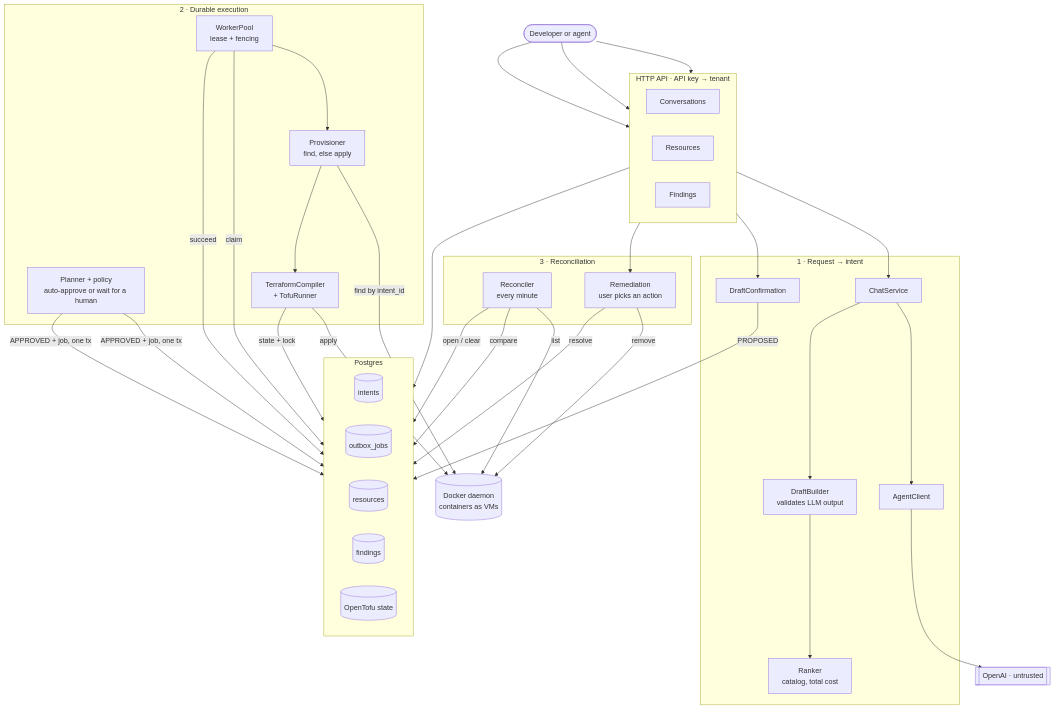
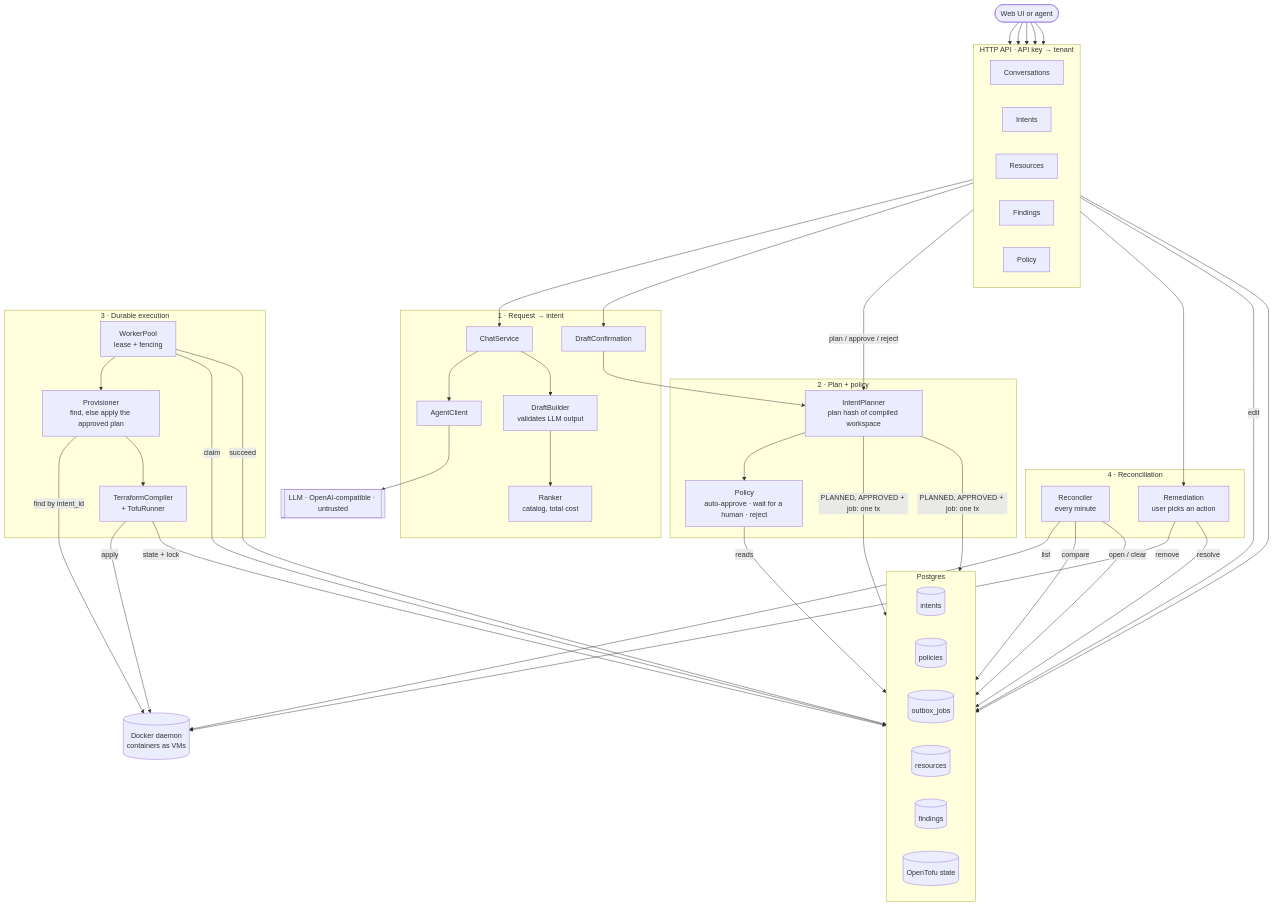
The diagram in README.md (enismustafaj/linfra-be), drawn with Mermaid before and after one commit. The commit also changed other lines of this file and 5 other files, not shown here.

````diff
--- a/README.md
+++ b/README.md
@@ -34,64 +99,75 @@
 ```mermaid
 flowchart TB
-    client([Developer or agent])
+    client([Web UI or agent])
 
     subgraph api["HTTP API · API key → tenant"]
         direction LR
         conv[Conversations]
+        intapi[Intents]
         res[Resources]
         findapi[Findings]
+        polapi[Policy]
     end
 
     subgraph chat["1 · Request → intent"]
         chatsvc[ChatService]
         agent[AgentClient]
         drafts[DraftBuilder<br/>validates LLM output]
         ranker[Ranker<br/>catalog, total cost]
         confirm[DraftConfirmation]
     end
 
-    subgraph exec["2 · Durable execution"]
-        approve[Planner + policy<br/>auto-approve or wait for a human]
+    subgraph decide["2 · Plan + policy"]
+        planner[IntentPlanner<br/>plan hash of compiled workspace]
+        policy[Policy<br/>auto-approve · wait for a human · reject]
+    end
+
+    subgraph exec["3 · Durable execution"]
         pool[WorkerPool<br/>lease + fencing]
-        prov[Provisioner<br/>find, else apply]
+        prov[Provisioner<br/>find, else apply the approved plan]
         tofu[TerraformCompiler<br/>+ TofuRunner]
     end
 
-    subgraph reconcile["3 · Reconciliation"]
+    subgraph reconcile["4 · Reconciliation"]
         reconciler[Reconciler<br/>every minute]
         remed[Remediation<br/>user picks an action]
     end
 
     subgraph pg["Postgres"]
         direction LR
         intents[(intents)]
+        policies[(policies)]
         outbox[(outbox_jobs)]
         resources[(resources)]
         findings[(findings)]
         state[(OpenTofu state)]
     end
 
-    llm[[OpenAI · untrusted]]
+    llm[[LLM · OpenAI-compatible · untrusted]]
     docker[(Docker daemon<br/>containers as VMs)]
 
-    client --> conv & res & findapi
+    client --> conv & intapi & res & findapi & polapi
 
     conv --> chatsvc --> agent --> llm
     chatsvc --> drafts --> ranker
-    conv --> confirm -- PROPOSED --> intents
+    conv --> confirm --> planner
+    intapi -- plan / approve / reject --> planner
+    planner --> policy
+    policy -- reads --> policies
+    polapi -- edit --> policies
+    planner -- "PLANNED, APPROVED + job: one tx" --> intents & outbox
 
-    approve -- APPROVED + job, one tx --> intents & outbox
     pool -- claim --> outbox
     pool --> prov
     prov -- find by intent_id --> docker
     prov --> tofu -- apply --> docker
     tofu -- state + lock --> state
     pool -- succeed --> resources
 
     reconciler -- list --> docker
     reconciler -- compare --> resources
     reconciler -- open / clear --> findings
     findapi --> remed -- resolve --> findings
     remed -- remove --> docker
     res --> resources
 ```
````
